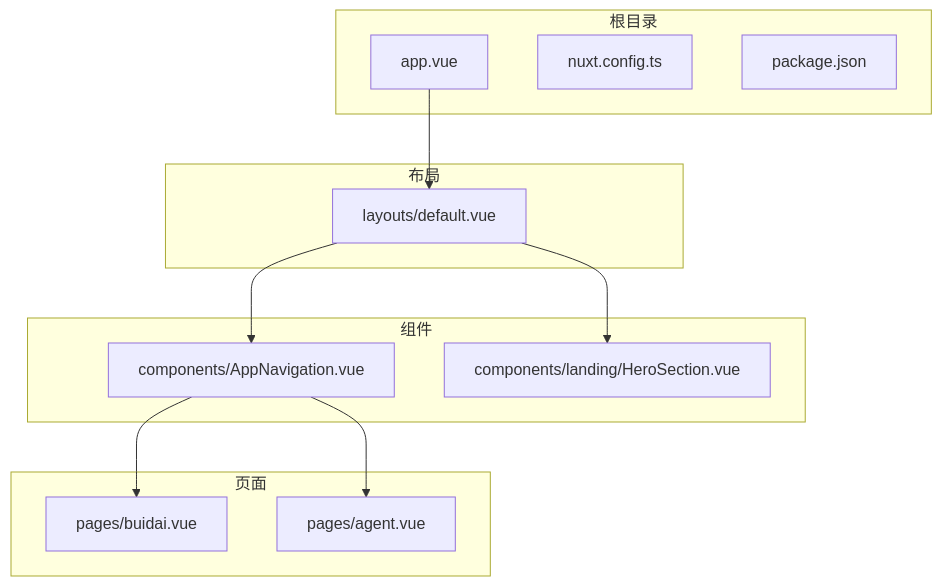
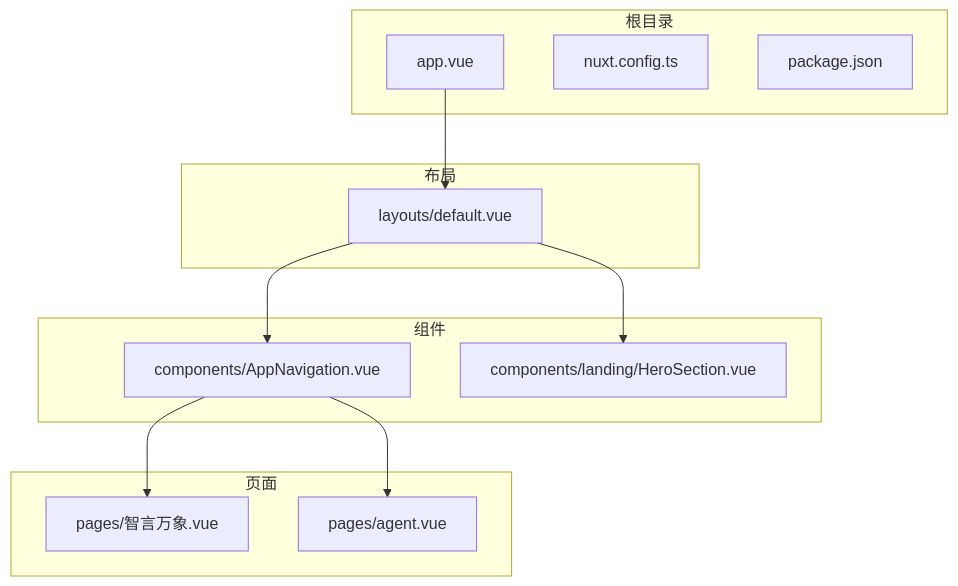
Before and after one commit to lllyyysss77/buidai: the first of 6 diagrams in .qoder/repowiki/zh/content/技术栈与架构/前端技术栈/Vue 3组合式API应用/响应式系统与状态管理/响应式工具函数与高级模式.md, drawn with Mermaid. The commit also changed other lines of this file and 163 other files, not shown here.

````diff
--- a/.qoder/repowiki/zh/content/技术栈与架构/前端技术栈/Vue 3组合式API应用/响应式系统与状态管理/响应式工具函数与高级模式.md
+++ b/.qoder/repowiki/zh/content/技术栈与架构/前端技术栈/Vue 3组合式API应用/响应式系统与状态管理/响应式工具函数与高级模式.md
@@ -25,24 +25,24 @@
 ```mermaid
 graph TB
 subgraph "根目录"
 app[app.vue]
 nuxt[nuxt.config.ts]
 package[package.json]
 end
 subgraph "布局"
 default[layouts/default.vue]
 end
 subgraph "组件"
 navigation[components/AppNavigation.vue]
 hero[components/landing/HeroSection.vue]
 end
 subgraph "页面"
-buidai[pages/buidai.vue]
+智言万象[pages/智言万象.vue]
 agent[pages/agent.vue]
 end
 app --> default
 default --> navigation
 default --> hero
-navigation --> buidai
+navigation --> 智言万象
 navigation --> agent
 ```
````
